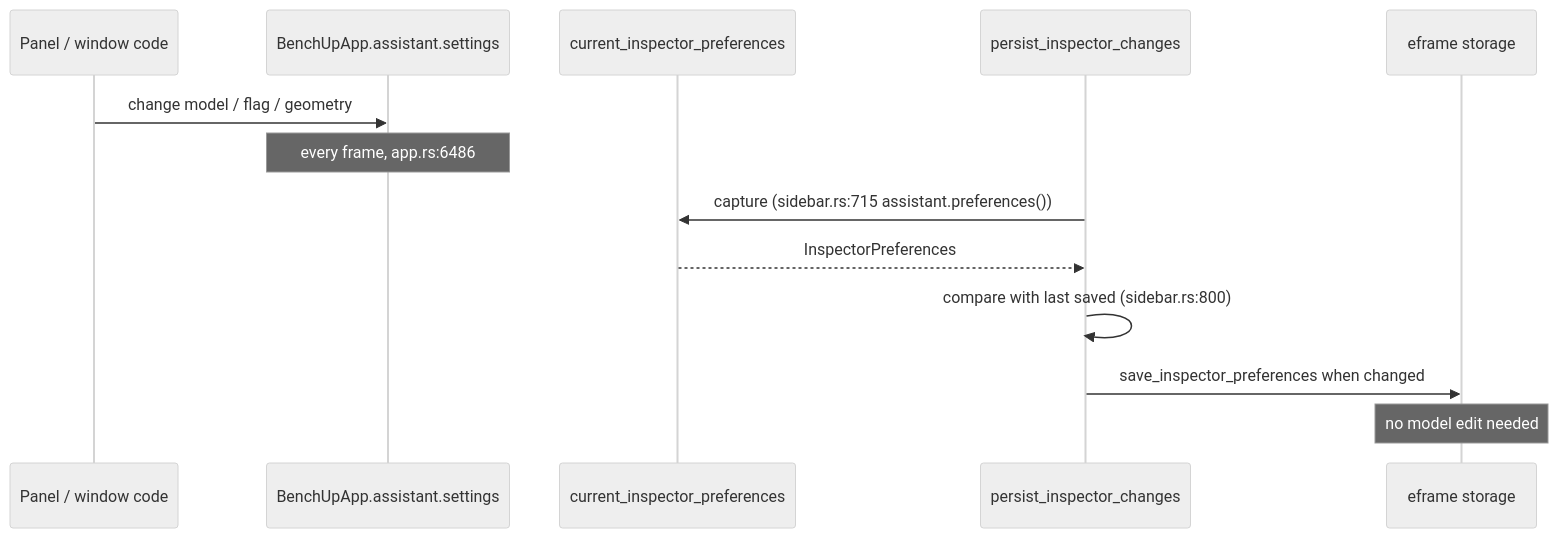
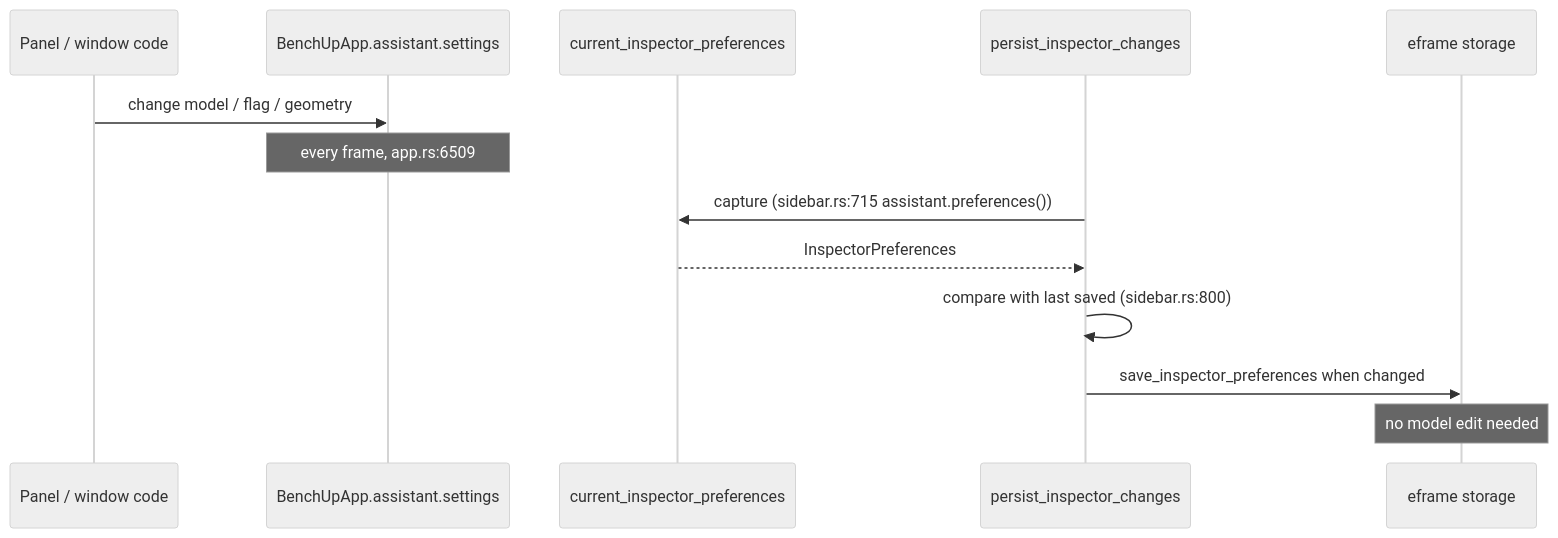
The diagram in docs/mira/persistence-and-security.md (BenchUp3D/benchup), drawn with Mermaid (neutral theme) before and after one commit. The commit also changed other lines of this file and 14 other files, not shown here.

````diff
--- a/docs/mira/persistence-and-security.md
+++ b/docs/mira/persistence-and-security.md
@@ -39,15 +39,15 @@
 ```mermaid
 sequenceDiagram
     participant UI as Panel / window code
     participant A as BenchUpApp.assistant.settings
     participant S as current_inspector_preferences
     participant P as persist_inspector_changes
     participant ST as eframe storage
     UI->>A: change model / flag / geometry
-    Note over A: every frame, app.rs:6486
+    Note over A: every frame, app.rs:6509
     P->>S: capture (sidebar.rs:715 assistant.preferences())
     S-->>P: InspectorPreferences
     P->>P: compare with last saved (sidebar.rs:800)
     P->>ST: save_inspector_preferences when changed
     Note over ST: no model edit needed
 ```
````
